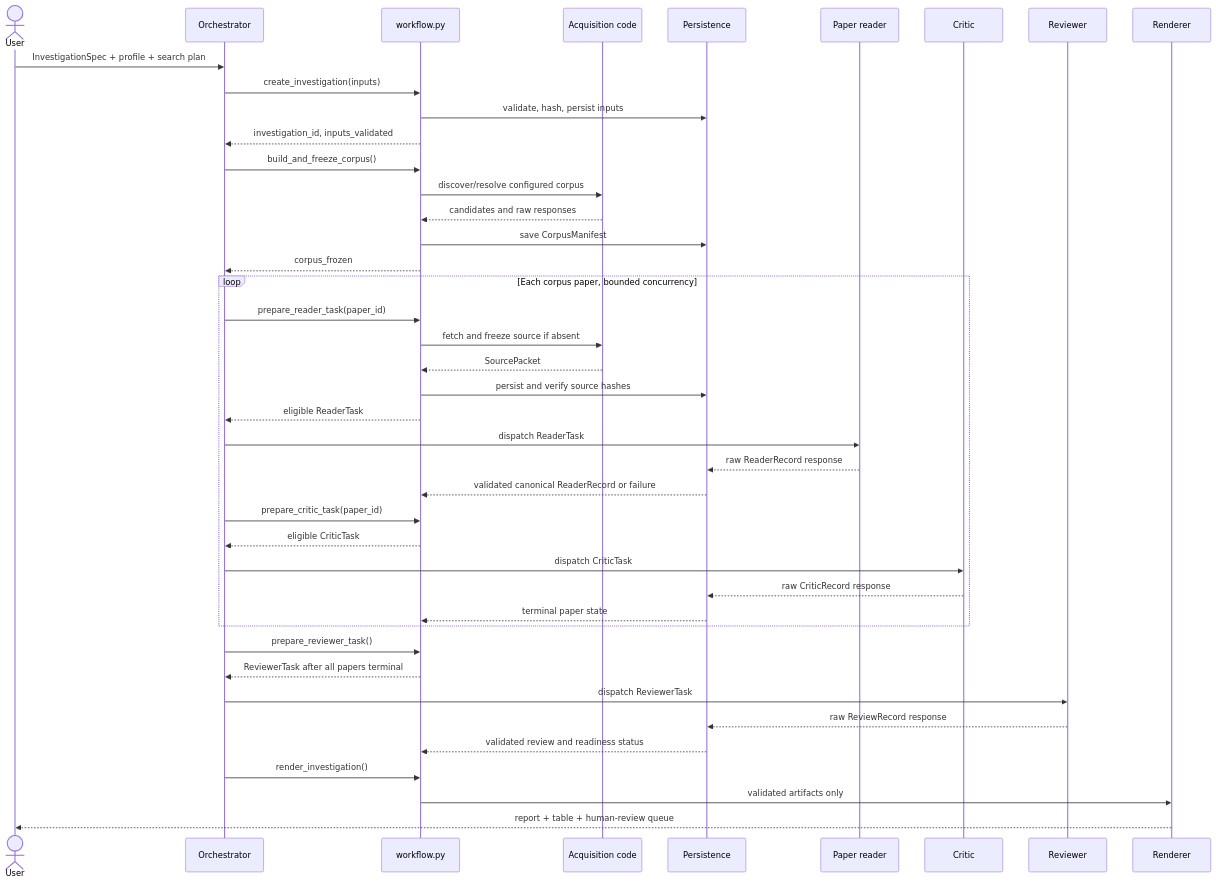
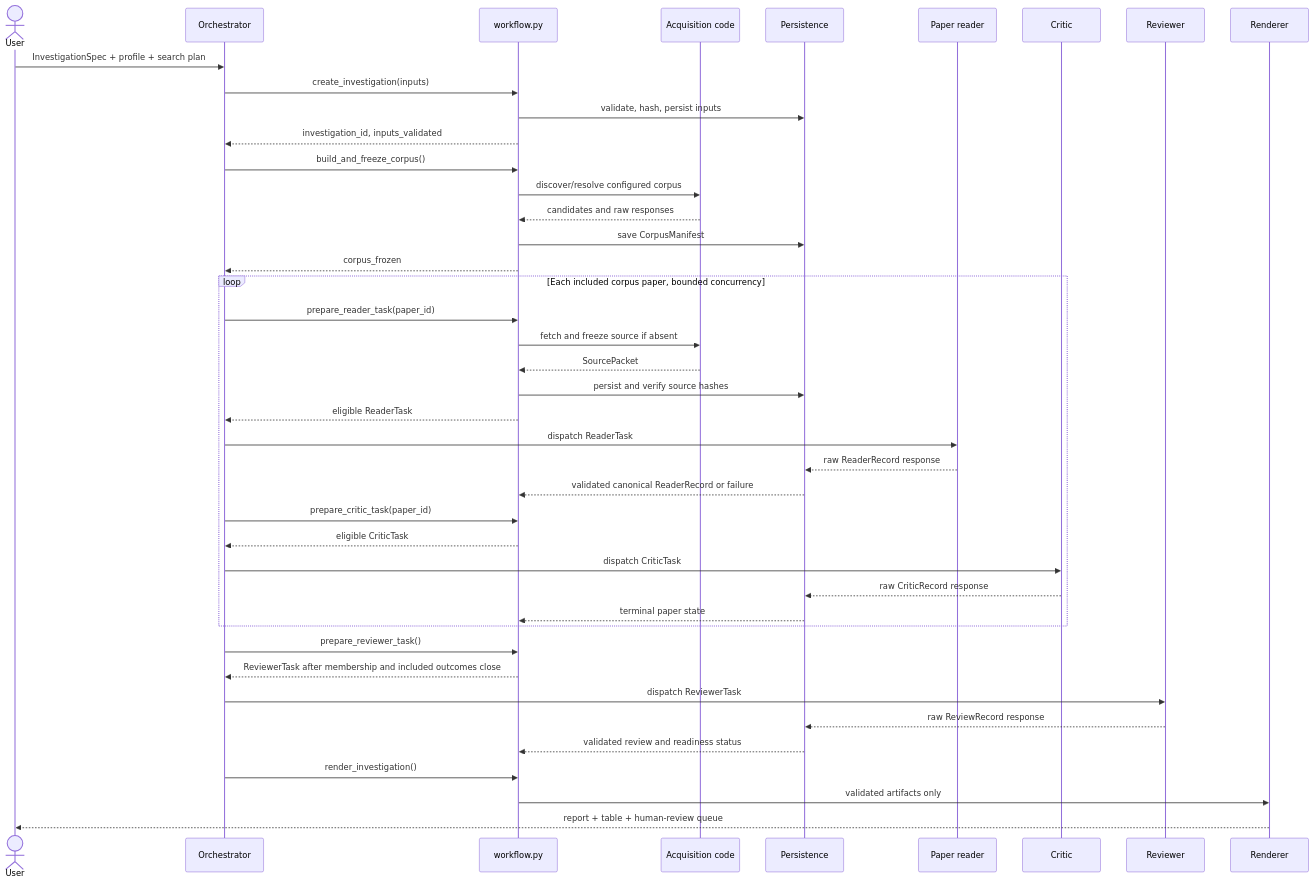
Before and after one commit to seiers24/arxiv-triage: the fifth of 9 diagrams in docs/specs/01-core-investigation-platform.md, drawn with Mermaid. The commit also changed other lines of this file and 32 other files, not shown here.

````diff
--- a/docs/specs/01-core-investigation-platform.md
+++ b/docs/specs/01-core-investigation-platform.md
@@ -205,47 +214,47 @@
 ```mermaid
 sequenceDiagram
     actor User
     participant O as Orchestrator
     participant W as workflow.py
     participant A as Acquisition code
     participant P as Persistence
     participant R as Paper reader
     participant C as Critic
     participant V as Reviewer
     participant E as Renderer
 
     User->>O: InvestigationSpec + profile + search plan
     O->>W: create_investigation(inputs)
     W->>P: validate, hash, persist inputs
     W-->>O: investigation_id, inputs_validated
     O->>W: build_and_freeze_corpus()
     W->>A: discover/resolve configured corpus
     A-->>W: candidates and raw responses
     W->>P: save CorpusManifest
     W-->>O: corpus_frozen
 
-    loop Each corpus paper, bounded concurrency
+    loop Each included corpus paper, bounded concurrency
         O->>W: prepare_reader_task(paper_id)
         W->>A: fetch and freeze source if absent
         A-->>W: SourcePacket
         W->>P: persist and verify source hashes
         W-->>O: eligible ReaderTask
         O->>R: dispatch ReaderTask
         R-->>P: raw ReaderRecord response
         P-->>W: validated canonical ReaderRecord or failure
         O->>W: prepare_critic_task(paper_id)
         W-->>O: eligible CriticTask
         O->>C: dispatch CriticTask
         C-->>P: raw CriticRecord response
         P-->>W: terminal paper state
     end
 
     O->>W: prepare_reviewer_task()
-    W-->>O: ReviewerTask after all papers terminal
+    W-->>O: ReviewerTask after membership and included outcomes close
     O->>V: dispatch ReviewerTask
     V-->>P: raw ReviewRecord response
     P-->>W: validated review and readiness status
     O->>W: render_investigation()
     W->>E: validated artifacts only
     E-->>User: report + table + human-review queue
 ```
````
